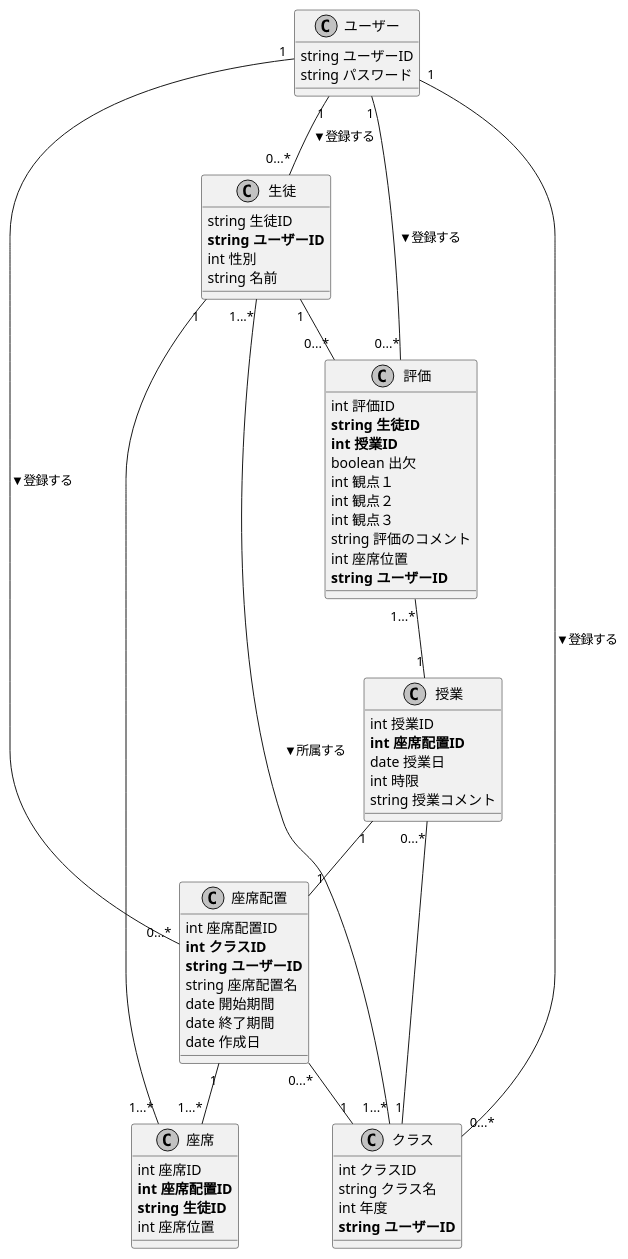
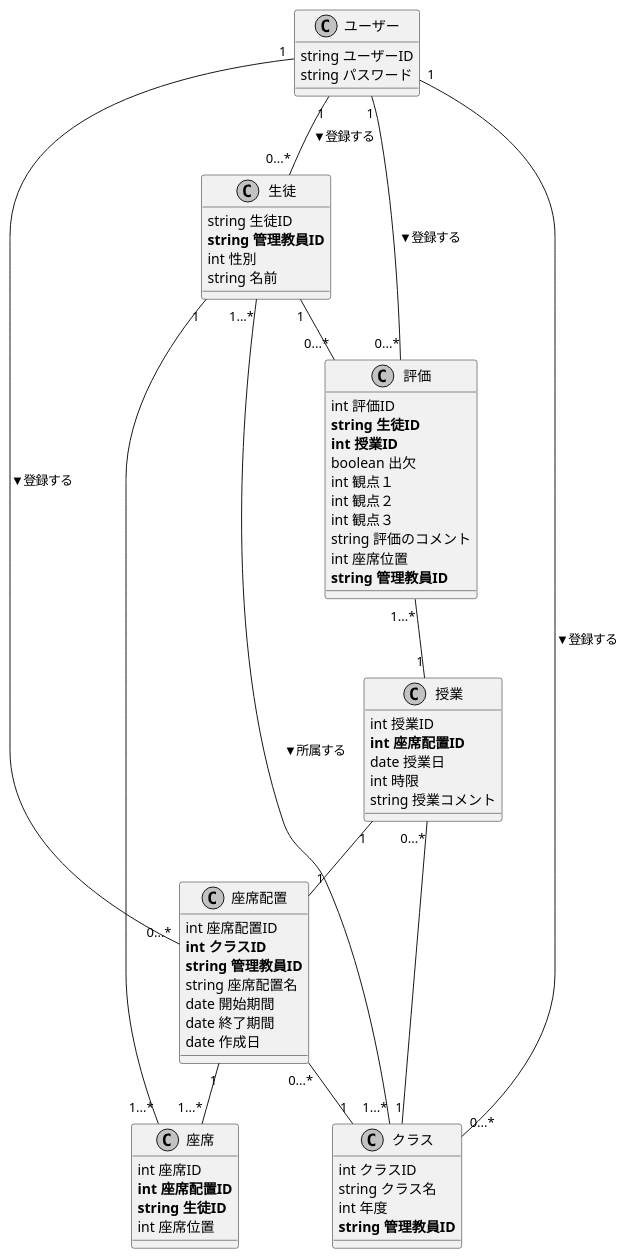
One commit to hatosableSAN/KTaNE-Expertingweb changed the diagram in docs/class.pu. Above: the diagram before and after it, drawn with PlantUML.

```diff
--- a/docs/class.pu
+++ b/docs/class.pu
@@ -1,77 +1,77 @@
 @startuml class_diagram
 skinparam monochrome true
 skinparam shadowing false
 ' クラスを定義
 
 class ユーザー{
     string ユーザーID
     string パスワード
 }
 
 class 生徒{
     string 生徒ID
-    **string ユーザーID**
+    **string 管理教員ID**
     int 性別
     string 名前
 }
 class クラス{
     int クラスID
     string クラス名
     int 年度
-    **string ユーザーID**
+    **string 管理教員ID**
 }
 
 class 座席配置{
     int 座席配置ID
     **int クラスID**
-    **string ユーザーID**
+    **string 管理教員ID**
     string 座席配置名
     date 開始期間
     date 終了期間
     date 作成日
 }
 class 座席{
     int 座席ID
     **int 座席配置ID**
     **string 生徒ID**
     int 座席位置
 }
 class 評価{
     int 評価ID
     **string 生徒ID**
     **int 授業ID**
     boolean 出欠
     int 観点１
     int 観点２
     int 観点３
     string 評価のコメント
     int 座席位置
-    **string ユーザーID**
+    **string 管理教員ID**
 }
 
 class 授業{
     int 授業ID
     **int 座席配置ID**
     date 授業日
     int 時限
     string 授業コメント
 }
 
 
 ' 関係を定義
 'left to right direction
 
 座席配置 "1"--"1...*" 座席
 評価 "1...*" -- "1"  授業
 生徒 "1...*" -- "1...*" クラス :▼所属する
 生徒"1" -- "0...*" 評価
 ユーザー"1" -- "0...*" 生徒 :▼登録する
 ユーザー"1" -- "0...*" 座席配置 :▼登録する
 ユーザー"1" -- "0...*" クラス :▼登録する
 座席配置 "0...*" -- "1"クラス
 座席 "1...*" -- "1" 生徒
 評価 "0...*" -- "1" ユーザー :▼登録する
 授業 "0...*"-- "1"クラス
 授業 "1"-- "1" 座席配置
 ' umlの終了を宣言
 @enduml
```
